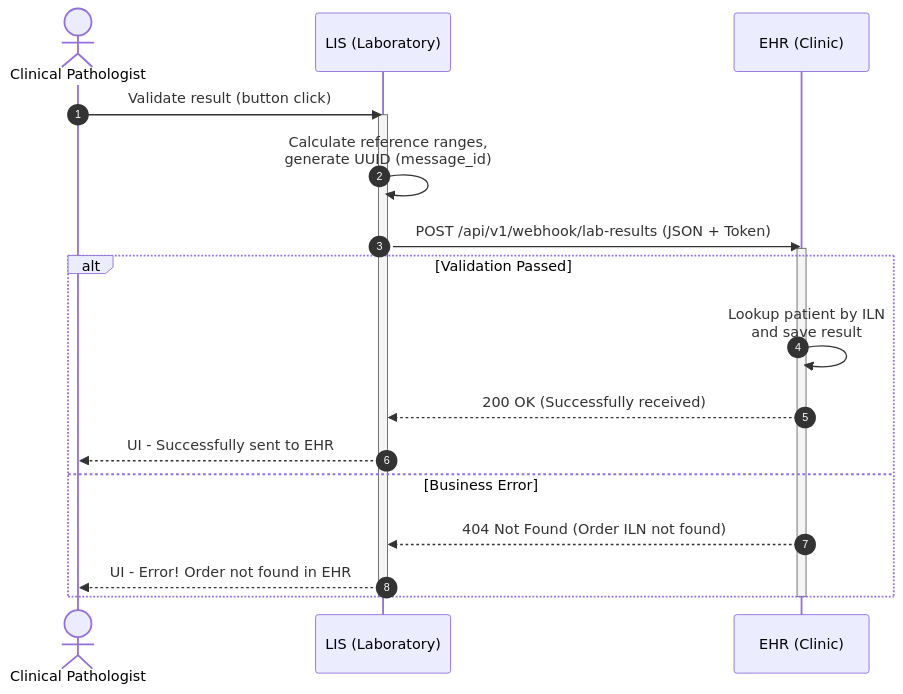
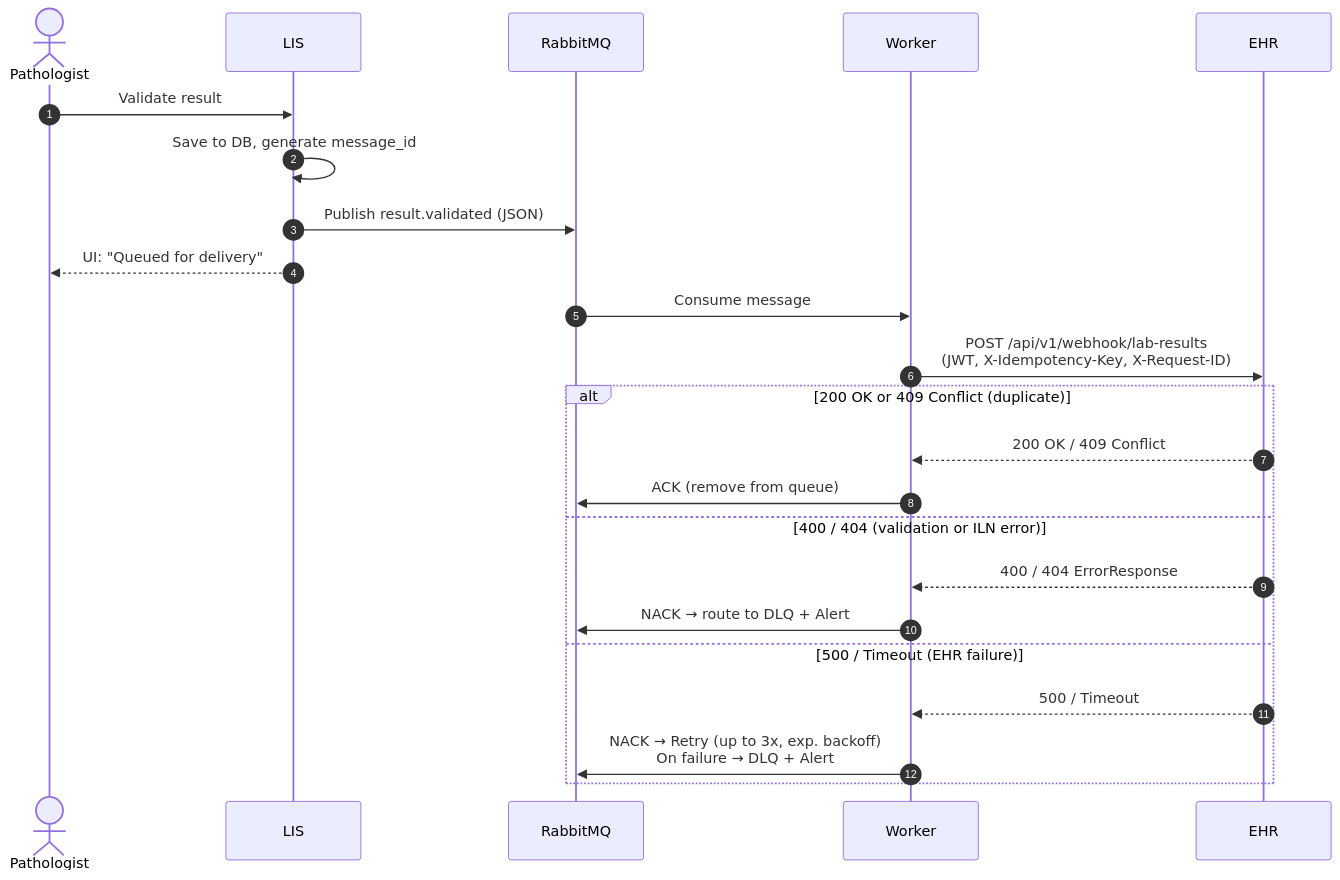
Before and after one commit to listvann/System-Analysis-Portfolio: the diagram in project-lis/api-results_en.md, drawn with Mermaid. The commit also changed other lines of this file, not shown here.

````diff
--- a/project-lis/api-results_en.md
+++ b/project-lis/api-results_en.md
@@ -81,23 +82,28 @@
 ```mermaid
 sequenceDiagram
     autonumber
-    actor Doctor as Clinical Pathologist
-    participant LIS as LIS (Laboratory)
-    participant EHR as EHR (Clinic)
+    actor Doc as Pathologist
+    participant LIS as LIS
+    participant MQ as RabbitMQ
+    participant W as Worker
+    participant EHR as EHR
 
-    Doctor->>LIS: Validate result (button click)
-    activate LIS
-    LIS->>LIS: Calculate reference ranges,<br/>generate UUID (message_id)
-    LIS->>EHR: POST /api/v1/webhook/lab-results (JSON + Token)
-    activate EHR
-   alt Validation Passed
-        EHR->>EHR: Lookup patient by ILN<br/>and save result
-        EHR-->>LIS: 200 OK (Successfully received)
-        LIS-->>Doctor: UI - Successfully sent to EHR
-    else Business Error
-        EHR-->>LIS: 404 Not Found (Order ILN not found)
-        LIS-->>Doctor: UI - Error! Order not found in EHR
+    Doc->>LIS: Validate result
+    LIS->>LIS: Save to DB, generate message_id
+    LIS->>MQ: Publish result.validated (JSON)
+    LIS-->>Doc: UI: "Queued for delivery"
+
+    MQ->>W: Consume message
+    W->>EHR: POST /api/v1/webhook/lab-results<br/>(JWT, X-Idempotency-Key, X-Request-ID)
+
+    alt 200 OK or 409 Conflict (duplicate)
+        EHR-->>W: 200 OK / 409 Conflict
+        W->>MQ: ACK (remove from queue)
+    else 400 / 404 (validation or ILN error)
+        EHR-->>W: 400 / 404 ErrorResponse
+        W->>MQ: NACK → route to DLQ + Alert
+    else 500 / Timeout (EHR failure)
+        EHR-->>W: 500 / Timeout
+        W->>MQ: NACK → Retry (up to 3x, exp. backoff)<br/>On failure → DLQ + Alert
     end
-    deactivate EHR
-    deactivate LIS
 ```
````
